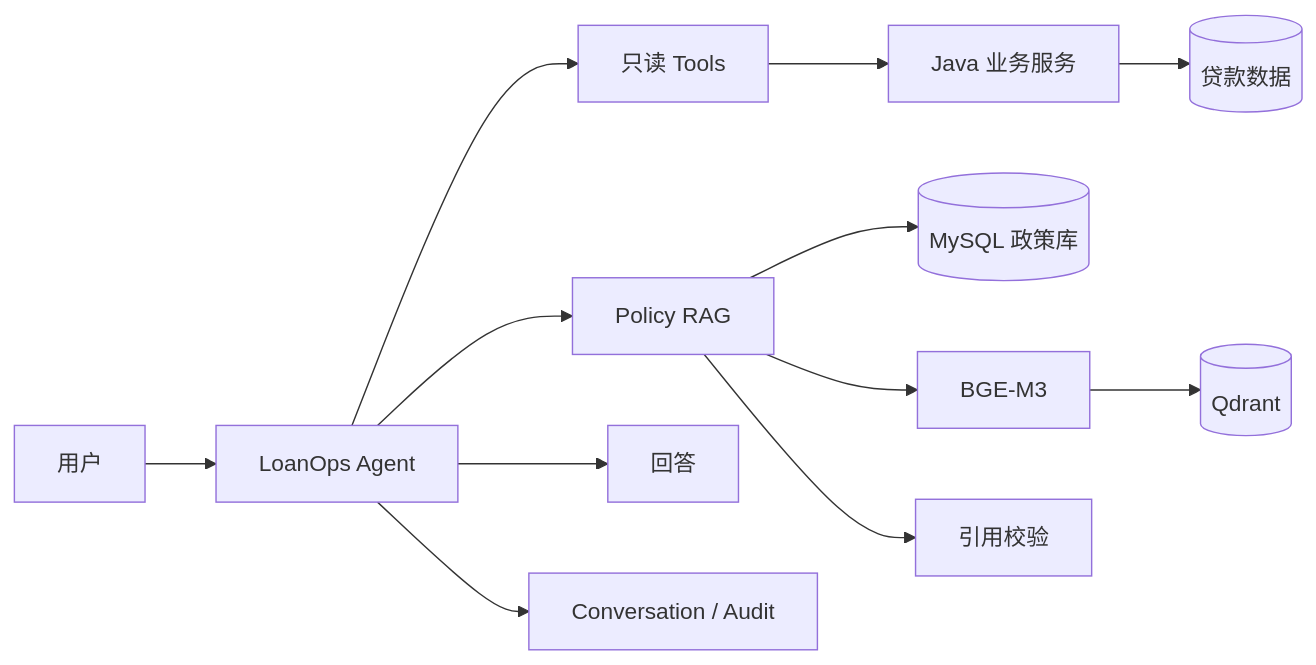
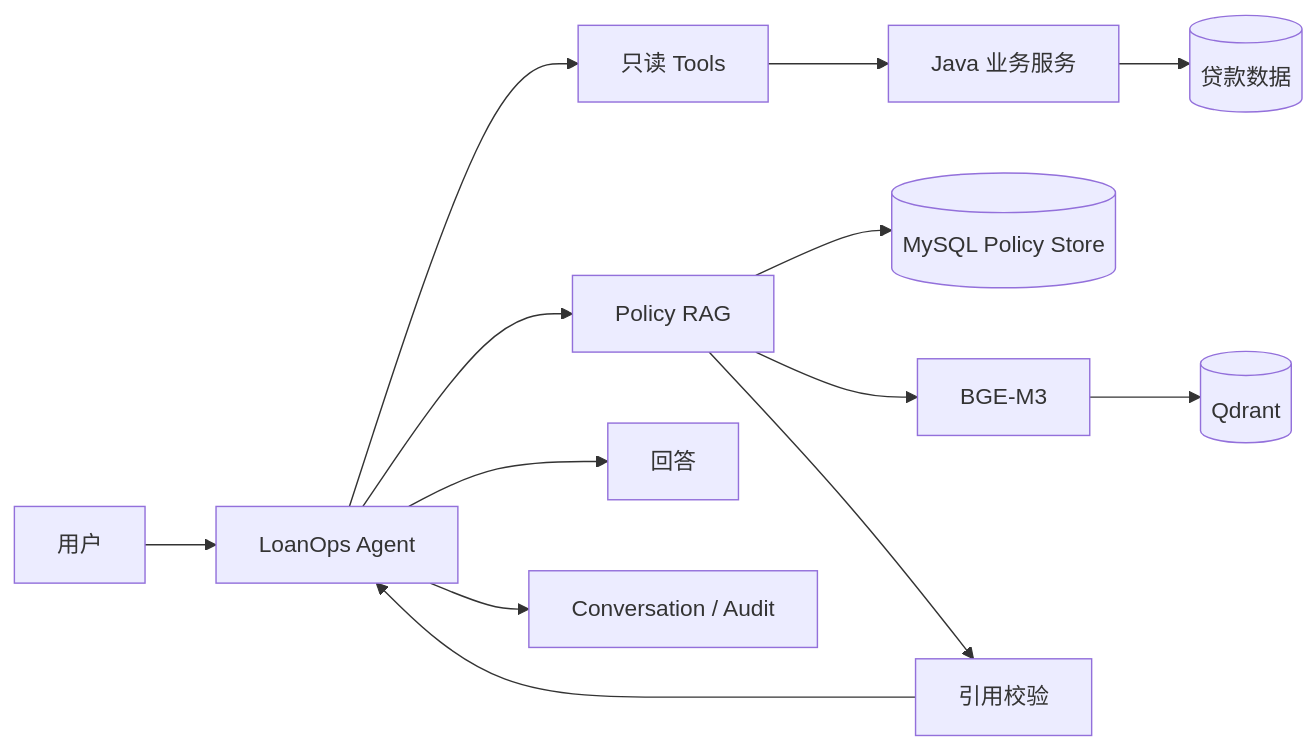
The diagram in README.md (liandongjie/loanops-agent), drawn with Mermaid before and after one commit. The commit also changed other lines of this file and 2 other files, not shown here.

````diff
--- a/README.md
+++ b/README.md
@@ -123,17 +261,19 @@
 ```mermaid
 flowchart LR
     U[用户] --> A[LoanOps Agent]
 
     A --> T[只读 Tools]
     T --> S[Java 业务服务]
     S --> L[(贷款数据)]
 
     A --> R[Policy RAG]
-    R --> M[(MySQL 政策库)]
+    R --> M[(MySQL Policy Store)]
     R --> E[BGE-M3]
     E --> Q[(Qdrant)]
+
     R --> C[引用校验]
+    C --> A
 
     A --> O[回答]
     A --> D[Conversation / Audit]
 ```
````
